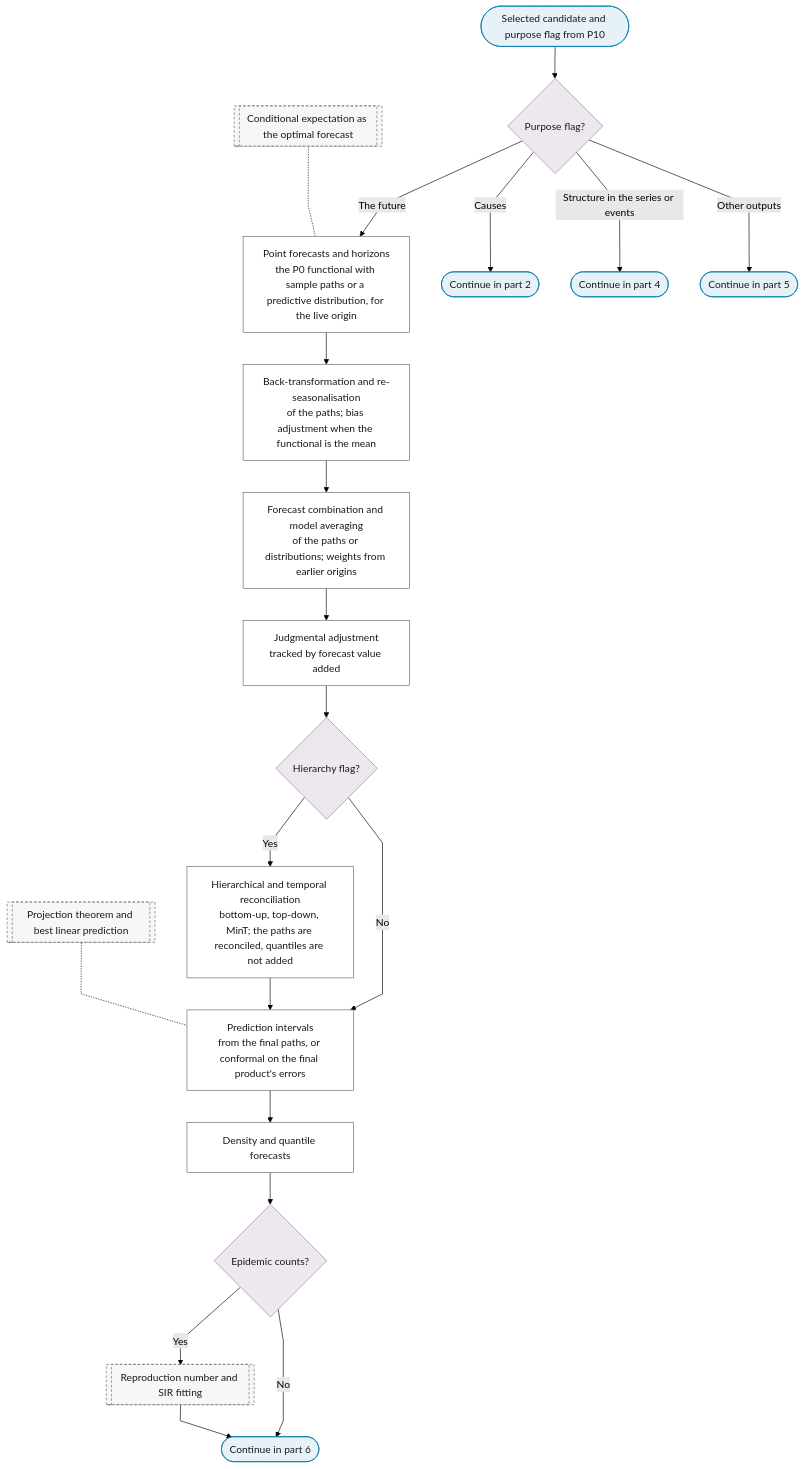
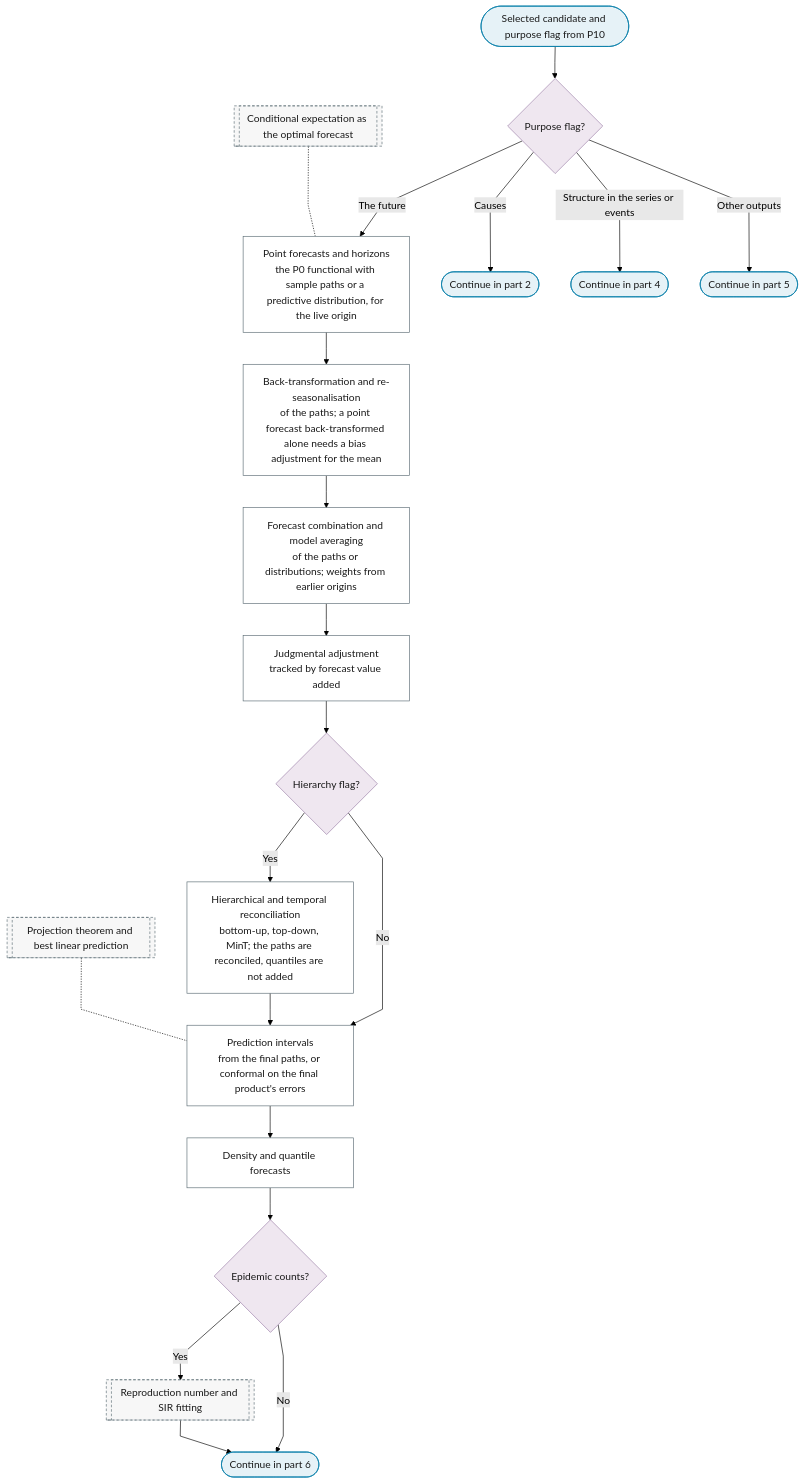
Before and after one commit to Shuxin-Y/time-series-analysis-manual: the first of 6 diagrams in docs/01-workflow/p11-inference.md, drawn with Mermaid (forest theme). The commit also changed 14 other files, not shown here.

````diff
--- a/docs/01-workflow/p11-inference.md
+++ b/docs/01-workflow/p11-inference.md
@@ -11,35 +11,35 @@
 ```mermaid
 %%{init: {"flowchart": {"curve": "linear"}}}%%
 graph TD
     P11_IN(["Selected candidate and purpose flag from P10"]) --> P11_PURPOSE{"Purpose flag?"}
     P11_PURPOSE -->|"The future"| P11_POINT_FORECASTS["Point forecasts and horizons<br/>the P0 functional with sample paths or a predictive distribution, for the live origin"]
     P11_PURPOSE -->|"Causes"| P11_TO_PART_2(["Continue in part 2"])
     P11_PURPOSE -->|"Structure in the series or events"| P11_TO_PART_4(["Continue in part 4"])
     P11_PURPOSE -->|"Other outputs"| P11_TO_PART_5(["Continue in part 5"])
-    P11_POINT_FORECASTS --> P11_BACK_TRANSFORM["Back-transformation and re-seasonalisation<br/>of the paths; bias adjustment when the functional is the mean"]
+    P11_POINT_FORECASTS --> P11_BACK_TRANSFORM["Back-transformation and re-seasonalisation<br/>of the paths; a point forecast back-transformed alone needs a bias adjustment for the mean"]
     P11_BACK_TRANSFORM --> P11_COMBINATION["Forecast combination and model averaging<br/>of the paths or distributions; weights from earlier origins"]
     P11_COMBINATION --> P11_JUDGMENTAL["Judgmental adjustment<br/>tracked by forecast value added"]
     P11_JUDGMENTAL --> P11_HIERARCHY{"Hierarchy flag?"}
     P11_HIERARCHY -->|"Yes"| P11_RECONCILIATION["Hierarchical and temporal reconciliation<br/>bottom-up, top-down, MinT; the paths are reconciled, quantiles are not added"]
     P11_HIERARCHY -->|"No"| P11_INTERVALS
     P11_RECONCILIATION --> P11_INTERVALS["Prediction intervals<br/>from the final paths, or conformal on the final product's errors"]
     P11_INTERVALS --> P11_DENSITY_QUANTILE["Density and quantile forecasts"]
     P11_DENSITY_QUANTILE --> P11_EPIDEMIC_Q{"Epidemic counts?"}
     P11_EPIDEMIC_Q -->|"Yes"| P0_FC_EPIDEMIC[["Reproduction number and SIR fitting"]]
     P11_EPIDEMIC_Q -->|"No"| P11_FC_TO_PART_6
     P0_FC_EPIDEMIC --> P11_FC_TO_PART_6(["Continue in part 6"])
     F_CONDITIONAL_EXPECTATION[["Conditional expectation as the optimal forecast"]] -.- P11_POINT_FORECASTS
     F_PROJECTION[["Projection theorem and best linear prediction"]] -.- P11_INTERVALS
     class P11_IN,P11_TO_PART_2,P11_TO_PART_4,P11_TO_PART_5,P11_FC_TO_PART_6 terminator
     class P11_PURPOSE,P11_HIERARCHY,P11_EPIDEMIC_Q decision
     class P11_POINT_FORECASTS,P11_INTERVALS,P11_DENSITY_QUANTILE,P11_BACK_TRANSFORM,P11_COMBINATION,P11_JUDGMENTAL,P11_RECONCILIATION process
     class F_CONDITIONAL_EXPECTATION,F_PROJECTION,P0_FC_EPIDEMIC ref
     classDef terminator fill:#E6F2F7,stroke:#007BA7,color:#1A1A1A;
     classDef process fill:#FFFFFF,stroke:#5A6B73,color:#1A1A1A;
     classDef decision fill:#EFE7F0,stroke:#9B7FA7,color:#1A1A1A;
     classDef data fill:#FFF4E0,stroke:#C9A55E,color:#1A1A1A;
     classDef good fill:#DCEFD8,stroke:#4A7A3F,color:#1A1A1A;
     classDef escalate fill:#FFE9C2,stroke:#C9A55E,color:#1A1A1A;
     classDef problem fill:#F2D9DE,stroke:#800020,color:#1A1A1A;
     classDef ref fill:#F7F7F7,stroke:#5A6B73,color:#1A1A1A,stroke-dasharray:4 3;
 ```
````
